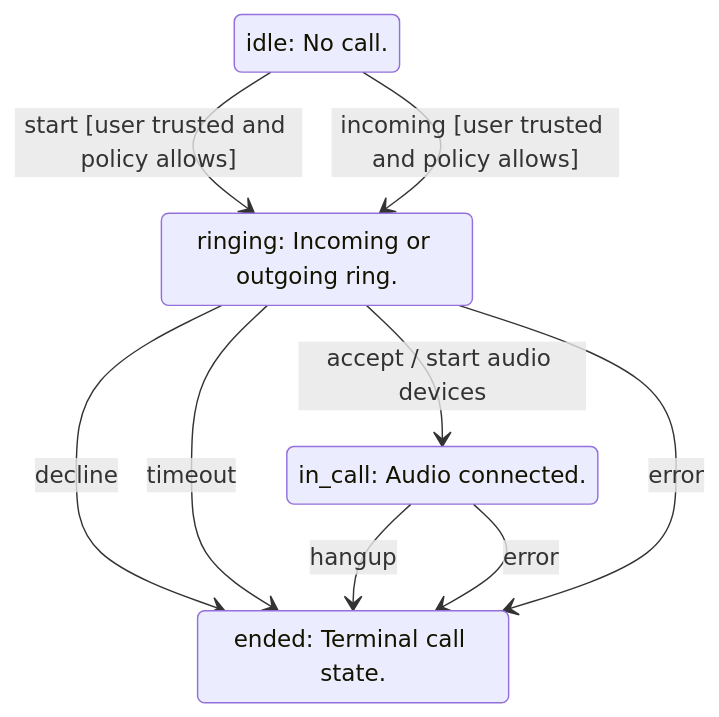
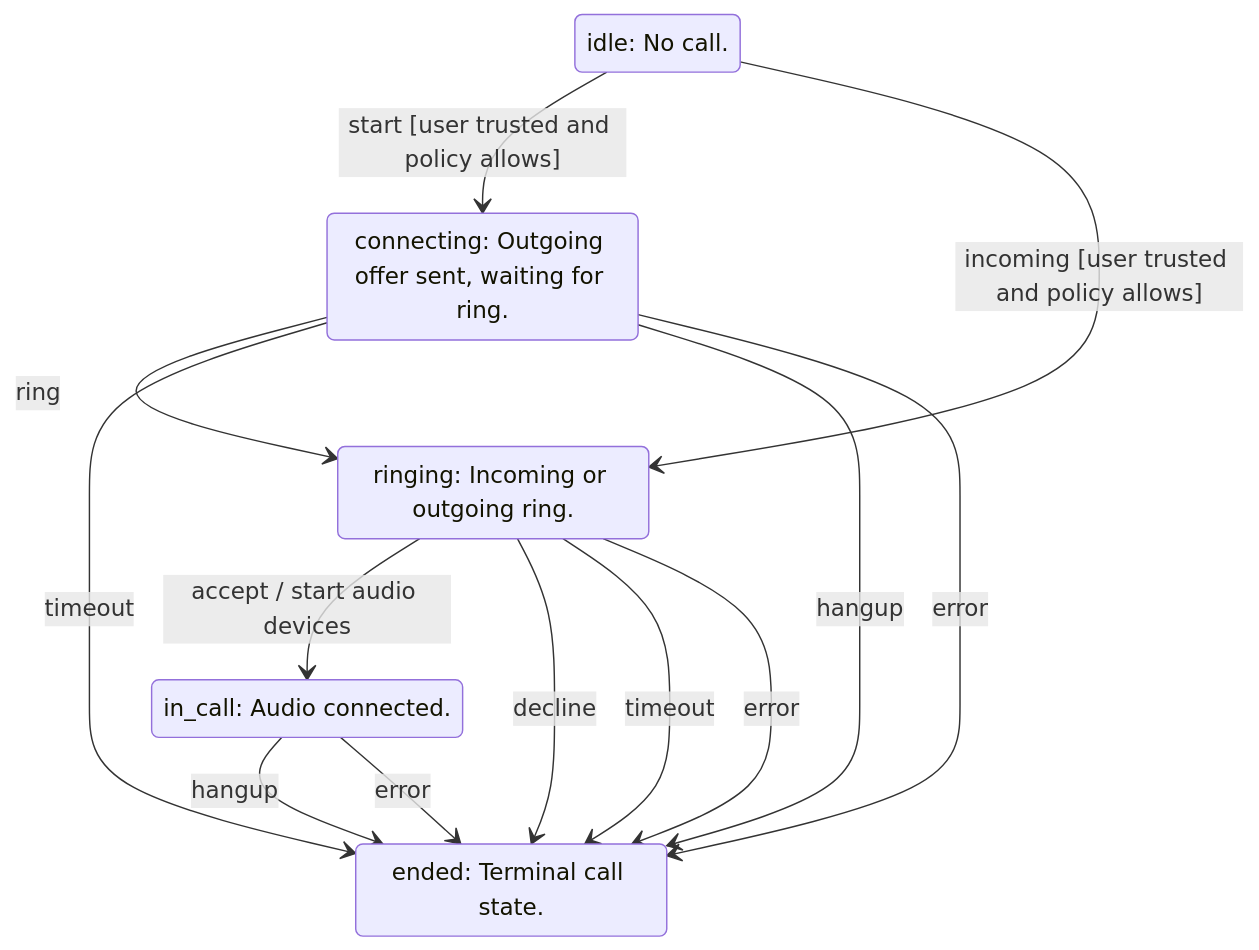
The diagram in docs/systems/generated/state-machines/call.md (TICO-CO/TiConnect), drawn with Mermaid before and after one commit. The commit also changed other lines of this file and 58 other files, not shown here.

````diff
--- a/docs/systems/generated/state-machines/call.md
+++ b/docs/systems/generated/state-machines/call.md
@@ -8,15 +8,20 @@
 ```mermaid
 stateDiagram-v2
   state "idle: No call." as s_idle
+  state "connecting: Outgoing offer sent, waiting for ring." as s_connecting
   state "ringing: Incoming or outgoing ring." as s_ringing
   state "in_call: Audio connected." as s_in_call
   state "ended: Terminal call state." as s_ended
-  s_idle --> s_ringing: start [user trusted and policy allows]
+  s_idle --> s_connecting: start [user trusted and policy allows]
+  s_connecting --> s_ringing: ring
   s_idle --> s_ringing: incoming [user trusted and policy allows]
   s_ringing --> s_in_call: accept / start audio devices
   s_ringing --> s_ended: decline
+  s_connecting --> s_ended: timeout
   s_ringing --> s_ended: timeout
+  s_connecting --> s_ended: hangup
   s_in_call --> s_ended: hangup
+  s_connecting --> s_ended: error
   s_in_call --> s_ended: error
   s_ringing --> s_ended: error
 ```
````
